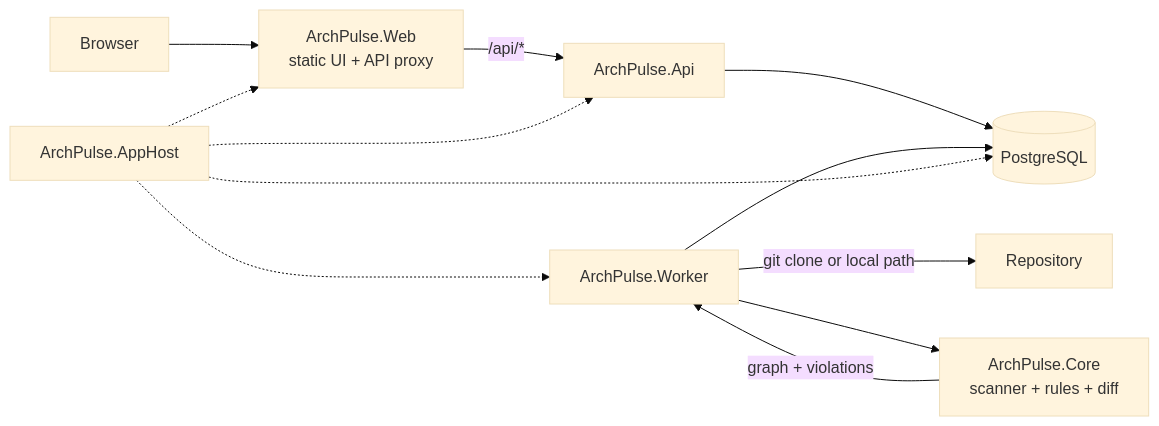
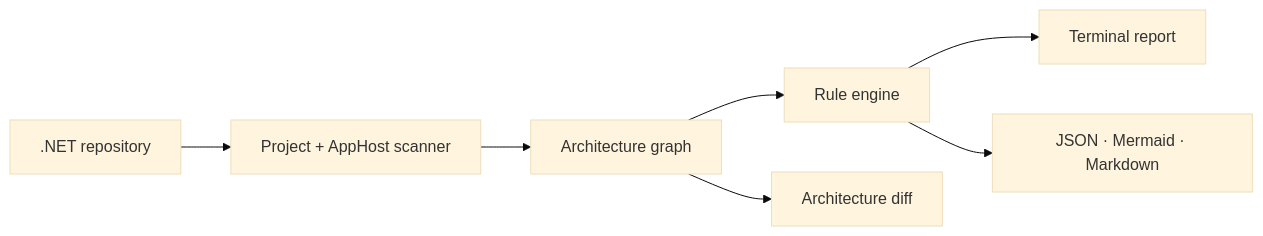
The diagram in README.md (vinycalves/archpulse), drawn with Mermaid (base theme) before and after one commit. The commit also changed other lines of this file and 85 other files, not shown here.

Commit message:
feat!: pivot to terminal-first architecture governance (#16)

````diff
--- a/README.md
+++ b/README.md
@@ -63,14 +208,9 @@
 ```mermaid
 flowchart LR
-  Browser["Browser"] --> Web["ArchPulse.Web<br/>static UI + API proxy"]
-  Web -->|"/api/*"| Api["ArchPulse.Api"]
-  Api --> Db[("PostgreSQL")]
-  Worker["ArchPulse.Worker"] --> Db
-  Worker -->|"git clone or local path"| Repo["Repository"]
-  Worker --> Core["ArchPulse.Core<br/>scanner + rules + diff"]
-  Core -->|"graph + violations"| Worker
-  AppHost["ArchPulse.AppHost"] -.-> Web
-  AppHost -.-> Api
-  AppHost -.-> Worker
-  AppHost -.-> Db
+  Repo[".NET repository"] --> Scan["Project + AppHost scanner"]
+  Scan --> Graph["Architecture graph"]
+  Graph --> Rules["Rule engine"]
+  Rules --> Terminal["Terminal report"]
+  Rules --> Artifacts["JSON · Mermaid · Markdown"]
+  Graph --> Diff["Architecture diff"]
 ```
````
